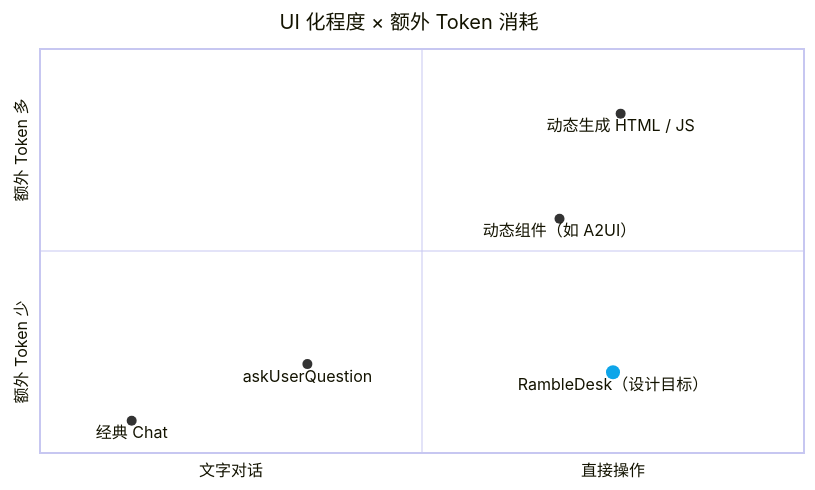
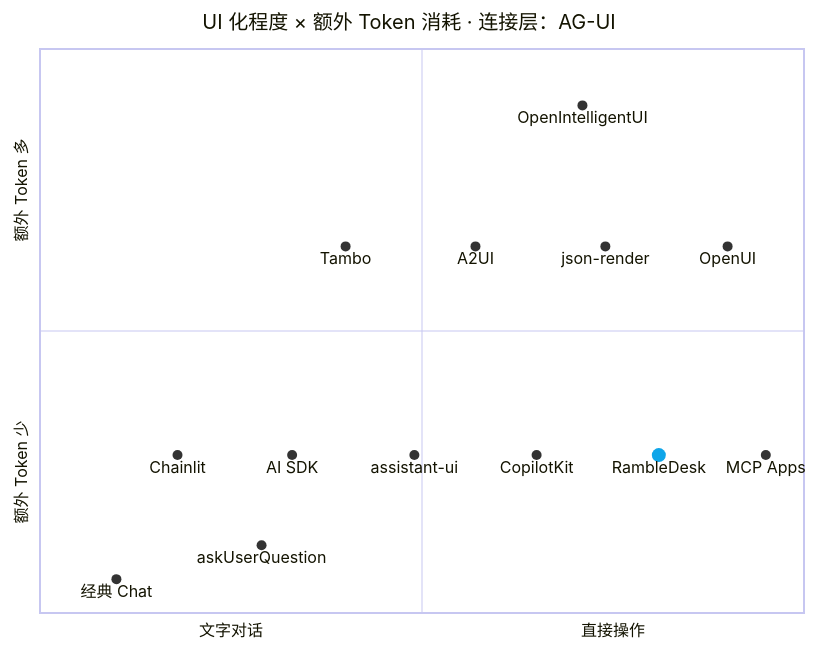
One commit to l1veIn/rambledesk changed the diagram in README.zh-CN.md. Above: the diagram before and after it, drawn with Mermaid. The commit also changed other lines of this file and 14 other files, not shown here.

````diff
--- a/README.zh-CN.md
+++ b/README.zh-CN.md
@@ -118,25 +123,33 @@
 ```mermaid
 ---
 config:
   quadrantChart:
     chartWidth: 800
-    chartHeight: 480
+    chartHeight: 640
     pointLabelFontSize: 16
     xAxisLabelFontSize: 16
     yAxisLabelFontSize: 16
   themeVariables:
     quadrant1Fill: transparent
     quadrant2Fill: transparent
     quadrant3Fill: transparent
     quadrant4Fill: transparent
 ---
 quadrantChart
-    title UI 化程度 × 额外 Token 消耗
+    title UI 化程度 × 额外 Token 消耗 · 连接层：AG-UI
     x-axis "文字对话" --> "直接操作"
     y-axis "额外 Token 少" --> "额外 Token 多"
-    "经典 Chat": [0.12, 0.08]
-    "askUserQuestion": [0.35, 0.22]
-    "RambleDesk（设计目标）": [0.75, 0.20] radius: 7, color: #0ea5e9
-    "动态组件（如 A2UI）": [0.68, 0.58]
-    "动态生成 HTML / JS": [0.76, 0.84]
+    "经典 Chat": [0.10, 0.06]
+    "askUserQuestion": [0.29, 0.12]
+    "Chainlit": [0.18, 0.28]
+    "AI SDK": [0.33, 0.28]
+    "assistant-ui": [0.49, 0.28]
+    "CopilotKit": [0.65, 0.28]
+    "RambleDesk": [0.81, 0.28] radius: 7, color: #0ea5e9
+    "MCP Apps": [0.95, 0.28]
+    "Tambo": [0.40, 0.65]
+    "A2UI": [0.57, 0.65]
+    "json-render": [0.74, 0.65]
+    "OpenUI": [0.90, 0.65]
+    "OpenIntelligentUI": [0.71, 0.90]
 ```
````
